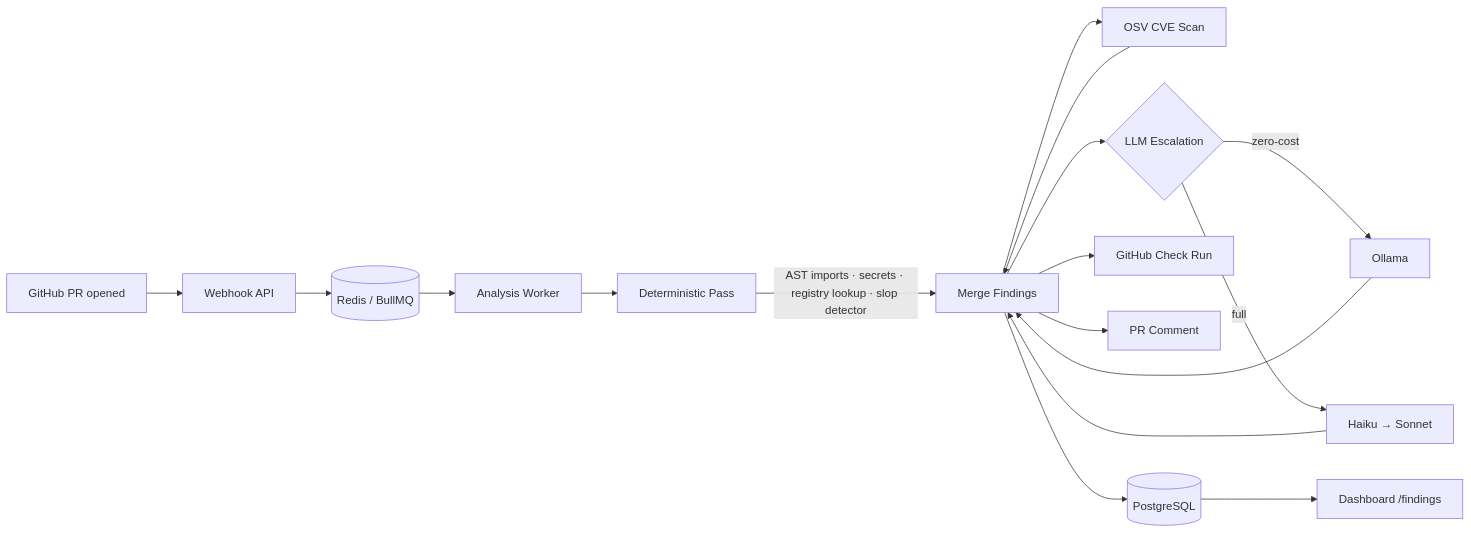
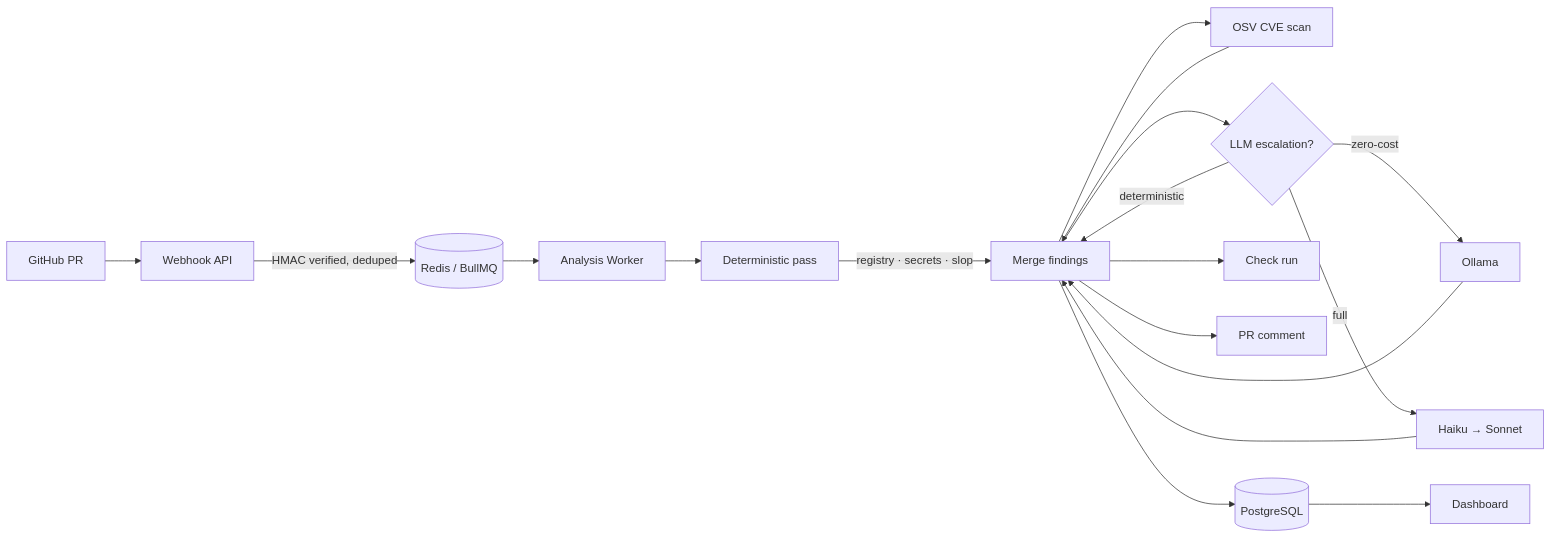
The diagram in README.md (0-uddeshya-0/Vouch), drawn with Mermaid before and after one commit. The commit also changed other lines of this file and 55 other files, not shown here.

````diff
--- a/README.md
+++ b/README.md
@@ -59,23 +117,18 @@
 ```mermaid
 flowchart LR
-  GH[GitHub PR opened] --> WH[Webhook API]
-  WH --> Q[(Redis / BullMQ)]
+  GH[GitHub PR] --> WH[Webhook API]
+  WH -->|HMAC verified, deduped| Q[(Redis / BullMQ)]
   Q --> W[Analysis Worker]
 
-  W --> D[Deterministic Pass]
-  D --> |AST imports · secrets · registry lookup · slop detector| M[Merge Findings]
+  W --> D[Deterministic pass]
+  D -->|registry · secrets · slop| M[Merge findings]
+  M --> O[OSV CVE scan] --> M
+  M --> L{LLM escalation?}
+  L -->|deterministic| M
+  L -->|zero-cost| OL[Ollama] --> M
+  L -->|full| AI[Haiku → Sonnet] --> M
 
-  M --> O[OSV CVE Scan]
-  O --> M
-
-  M --> L{LLM Escalation}
-  L --> |zero-cost| OL[Ollama]
-  L --> |full| AI[Haiku → Sonnet]
-  OL --> M
-  AI --> M
-
-  M --> CR[GitHub Check Run]
-  M --> CM[PR Comment]
-  M --> DB[(PostgreSQL)]
-  DB --> DASH[Dashboard /findings]
+  M --> CR[Check run]
+  M --> CM[PR comment]
+  M --> DB[(PostgreSQL)] --> DASH[Dashboard]
 ```
````
